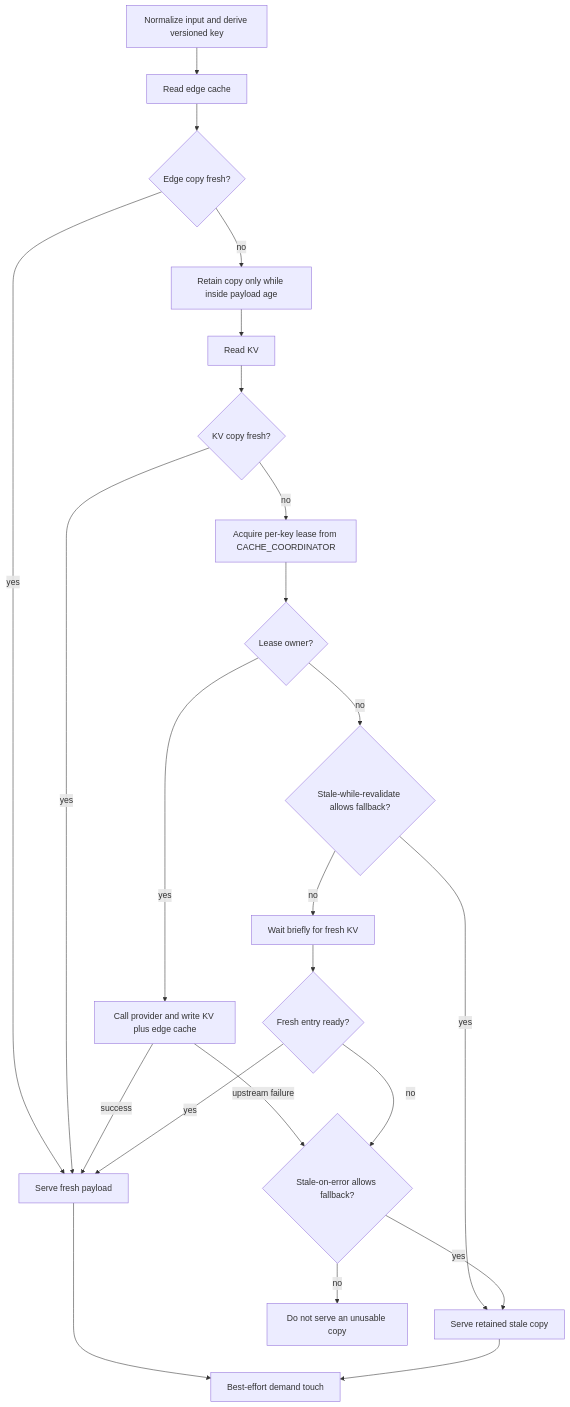
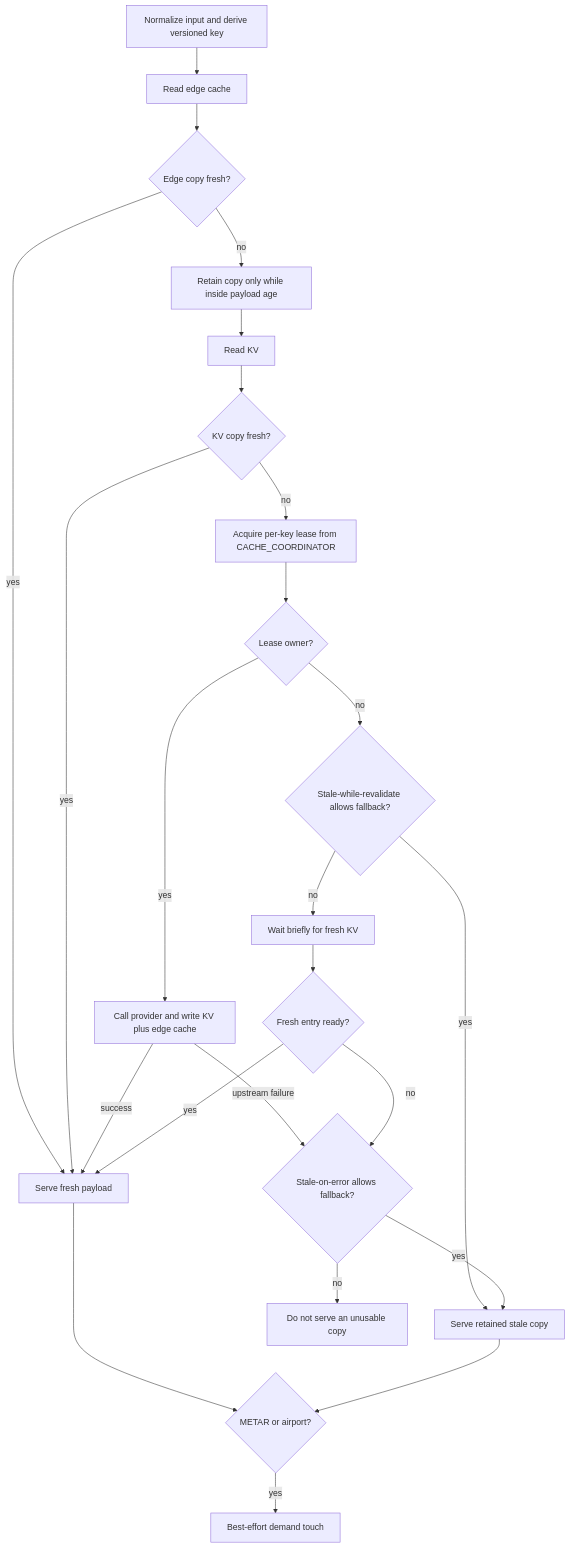
The first of 2 diagrams in docs/cache-architecture.md (benvon/runway-picker), drawn with Mermaid before and after one commit. The commit also changed other lines of this file and 1 other file, not shown here.

Commit message:
docs: limit upstream calls and demand touches in the diagrams
Provider calls happen only on a miss or stale refresh, and only METAR and airport responses record hot demand.

````diff
--- a/docs/cache-architecture.md
+++ b/docs/cache-architecture.md
@@ -43,37 +43,39 @@
 ```mermaid
 flowchart TD
   normalize["Normalize input and derive versioned key"]
   edge["Read edge cache"]
   edgeFresh{"Edge copy fresh?"}
   kv["Read KV"]
   kvFresh{"KV copy fresh?"}
   hold["Retain copy only while inside payload age"]
   lease["Acquire per-key lease from CACHE_COORDINATOR"]
   owner{"Lease owner?"}
   provider["Call provider and write KV plus edge cache"]
   swr{"Stale-while-revalidate allows fallback?"}
   wait["Wait briefly for fresh KV"]
   freshReady{"Fresh entry ready?"}
   soe{"Stale-on-error allows fallback?"}
   serve["Serve fresh payload"]
   serveStale["Serve retained stale copy"]
+  hot{"METAR or airport?"}
   touch["Best-effort demand touch"]
 
   normalize --> edge --> edgeFresh
   edgeFresh -->|yes| serve
   edgeFresh -->|no| hold --> kv --> kvFresh
   kvFresh -->|yes| serve
   kvFresh -->|no| lease --> owner
   owner -->|yes| provider
   provider -->|success| serve
   provider -->|upstream failure| soe
   owner -->|no| swr
   swr -->|yes| serveStale
   swr -->|no| wait --> freshReady
   freshReady -->|yes| serve
   freshReady -->|no| soe
   soe -->|yes| serveStale
   soe -->|no| failClosed["Do not serve an unusable copy"]
-  serve --> touch
-  serveStale --> touch
+  serve --> hot
+  serveStale --> hot
+  hot -->|yes| touch
 ```
````
